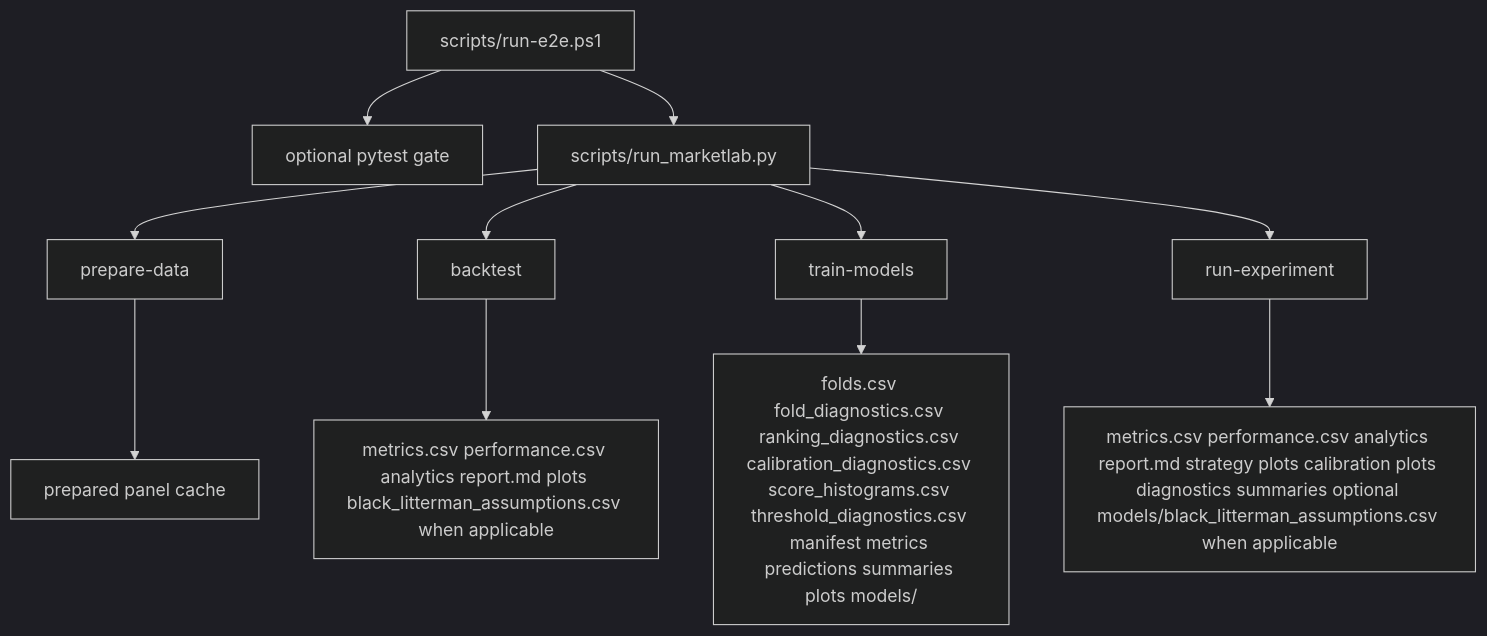
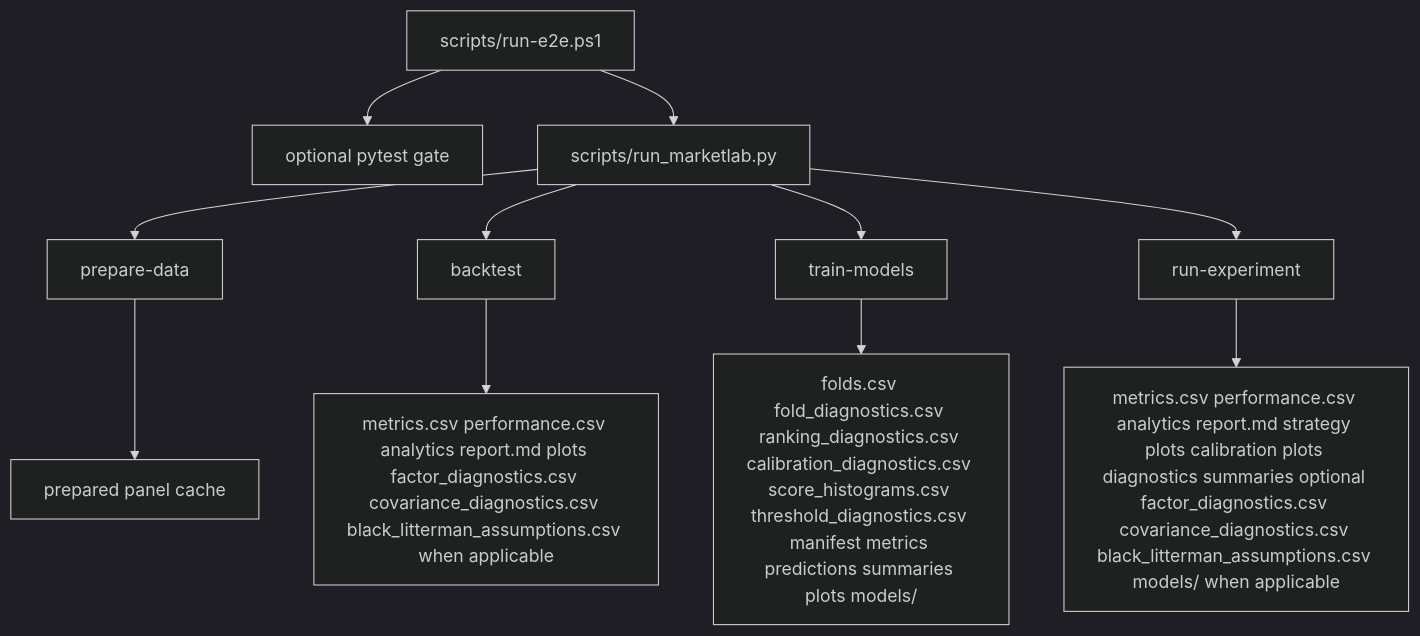
One commit to ricardogr07/market-lab changed the first of 6 diagrams in docs/architecture.md. Above: the diagram before and after it, drawn with Mermaid (dark theme). The commit also changed other lines of this file and 1 other file, not shown here.

Commit message:
docs: document factor and covariance diagnostics

````diff
--- a/docs/architecture.md
+++ b/docs/architecture.md
@@ -69,14 +69,14 @@
 ```mermaid
 flowchart TD
     Runner[scripts/run-e2e.ps1] --> Pytest[optional pytest gate]
     Runner --> Launcher[scripts/run_marketlab.py]
     Launcher --> Prepare[prepare-data]
     Launcher --> Backtest[backtest]
     Launcher --> Train[train-models]
     Launcher --> Experiment[run-experiment]
 
     Prepare --> Panel[prepared panel cache]
-    Backtest --> BaselineArtifacts[metrics.csv performance.csv analytics report.md plots black_litterman_assumptions.csv when applicable]
+    Backtest --> BaselineArtifacts[metrics.csv performance.csv analytics report.md plots factor_diagnostics.csv covariance_diagnostics.csv black_litterman_assumptions.csv when applicable]
     Train --> TrainingArtifacts[folds.csv fold_diagnostics.csv ranking_diagnostics.csv calibration_diagnostics.csv score_histograms.csv threshold_diagnostics.csv manifest metrics predictions summaries plots models/]
-    Experiment --> ExperimentArtifacts[metrics.csv performance.csv analytics report.md strategy plots calibration plots diagnostics summaries optional models/black_litterman_assumptions.csv when applicable]
+    Experiment --> ExperimentArtifacts[metrics.csv performance.csv analytics report.md strategy plots calibration plots diagnostics summaries optional factor_diagnostics.csv covariance_diagnostics.csv black_litterman_assumptions.csv models/ when applicable]
 ```
````
